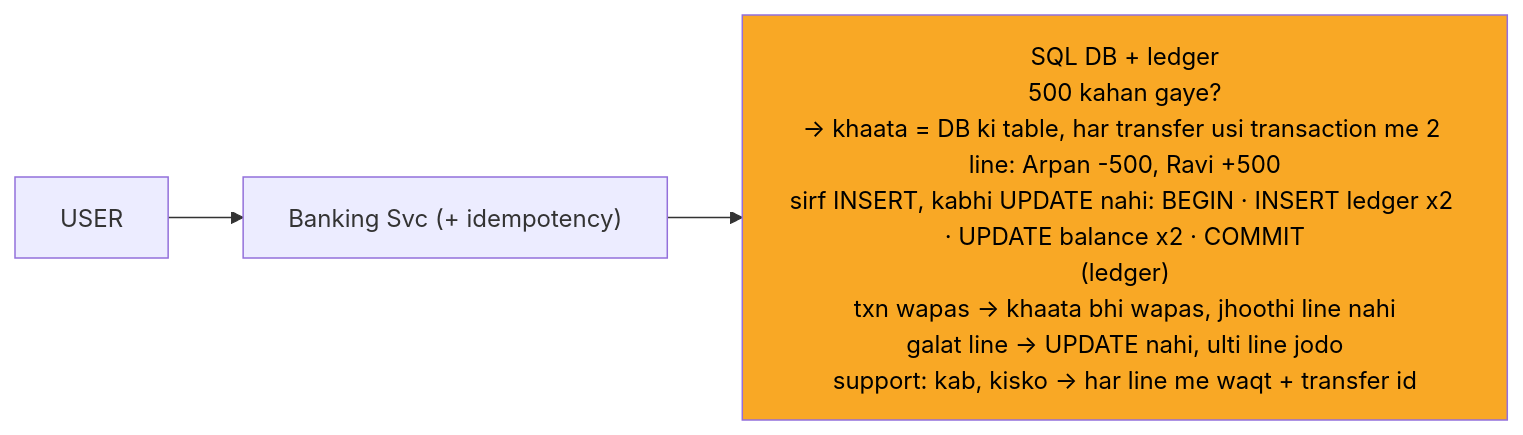
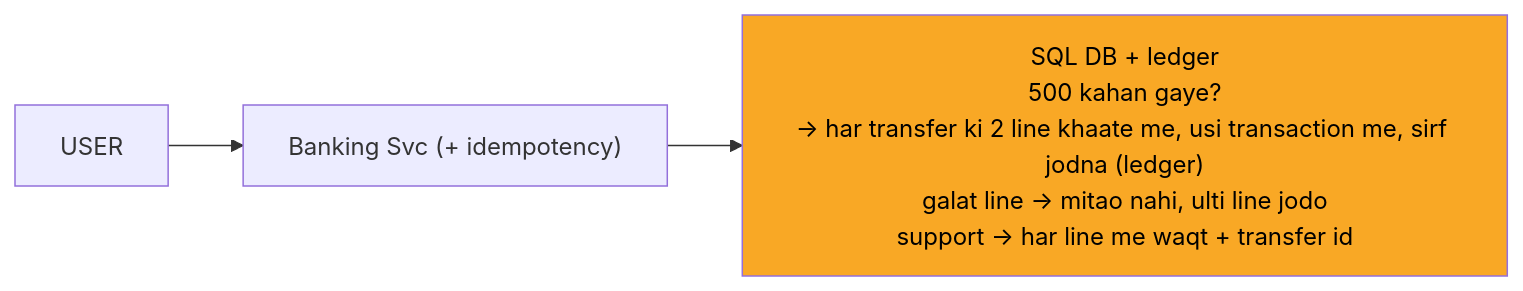
One commit to ArpanMaheshwari144/Prep changed the diagram in 04_HLD/SYSTEM_DESIGNS/13_banking_system/img/c4.mmd. Above: the diagram before and after it, drawn with Mermaid. The commit also changed 76 other files, not shown here.

```diff
--- a/04_HLD/SYSTEM_DESIGNS/13_banking_system/img/c4.mmd
+++ b/04_HLD/SYSTEM_DESIGNS/13_banking_system/img/c4.mmd
@@ -1,8 +1,8 @@
 %%{init: {"flowchart": {"wrappingWidth": 450}}}%%
 flowchart LR
     n_USER["USER"]
     n_SVC["Banking Svc (+ idempotency)"]
-    n_DB["SQL DB + ledger<br/>500 kahan gaye?<br/>-> khaata = DB ki table, har transfer usi transaction me 2 line: Arpan -500, Ravi +500<br/>sirf INSERT, kabhi UPDATE nahi: BEGIN · INSERT ledger x2 · UPDATE balance x2 · COMMIT<br/>(ledger)<br/>txn wapas -> khaata bhi wapas, jhoothi line nahi<br/>galat line -> UPDATE nahi, ulti line jodo<br/>support: kab, kisko -> har line me waqt + transfer id"]
+    n_DB["SQL DB + ledger<br/>500 kahan gaye?<br/>-> har transfer ki 2 line khaate me, usi transaction me, sirf jodna (ledger)<br/>galat line -> mitao nahi, ulti line jodo<br/>support -> har line me waqt + transfer id"]
     n_USER --> n_SVC
     n_SVC --> n_DB
     style n_DB fill:#f9a825,color:#000
```
